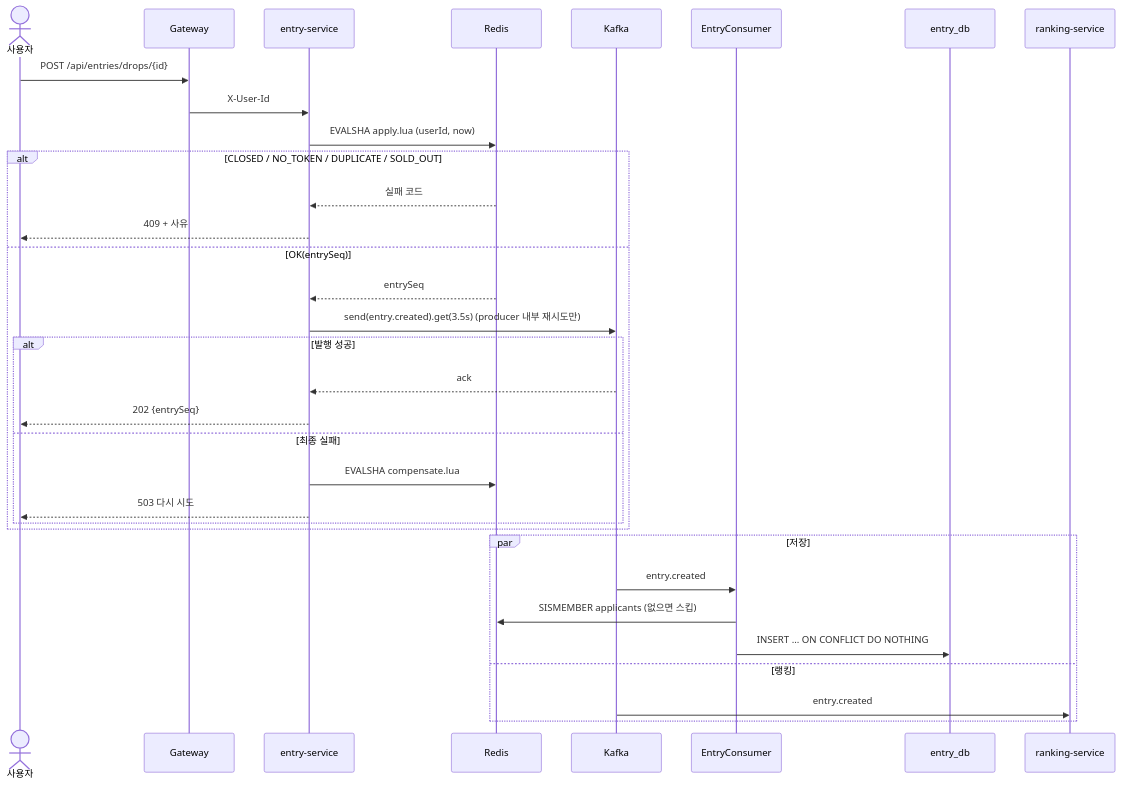
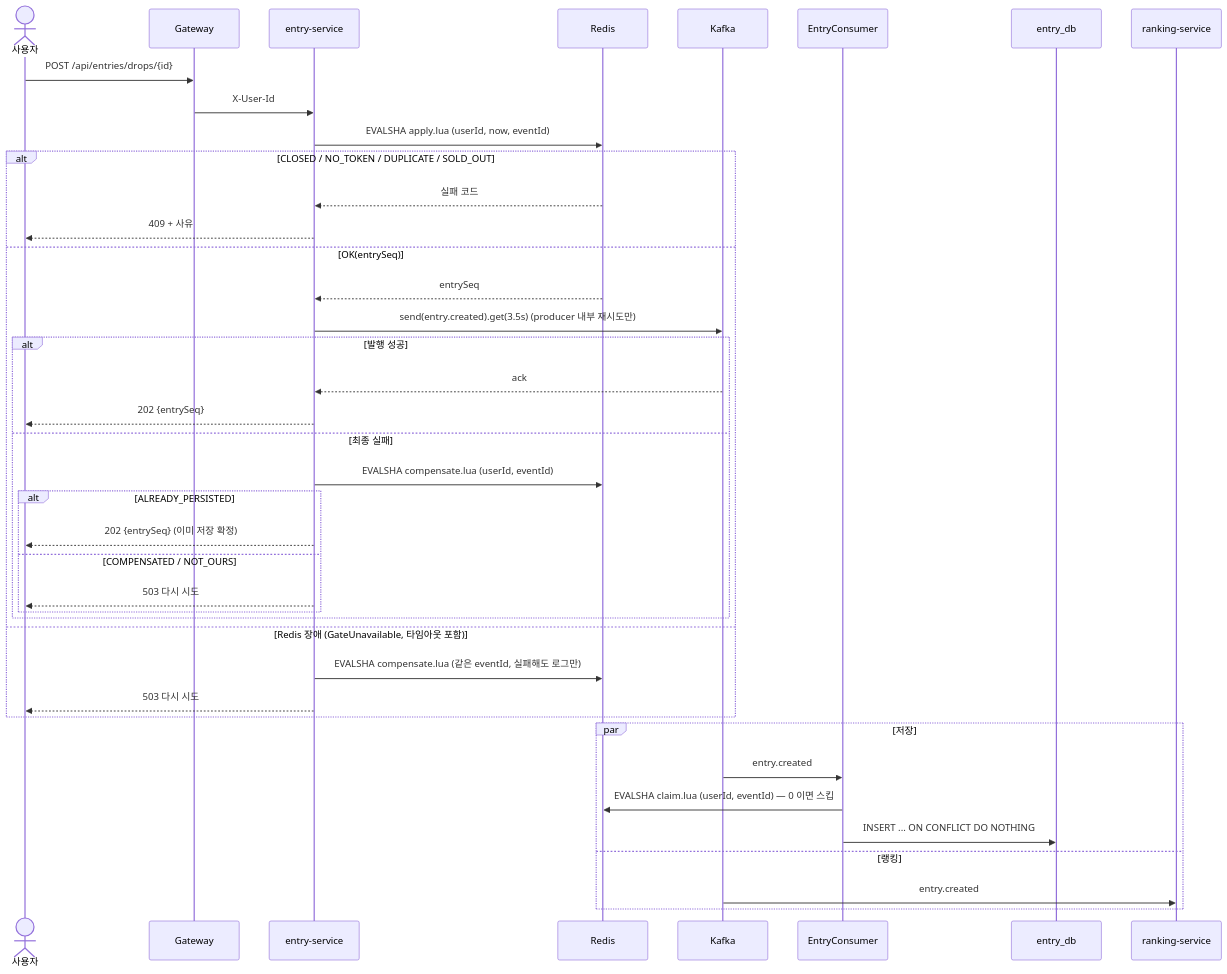
Before and after one commit to dd-jiny/queue-drop: the second of 2 diagrams in docs/design/05-features/entry-apply.md, drawn with Mermaid. The commit also changed other lines of this file and 8 other files, not shown here.

First line of the commit message:
docs: 유령 이벤트 선소비·Redis 타임아웃 정합성 수정 설계 반영 (E-40, E-41)

````diff
--- a/docs/design/05-features/entry-apply.md
+++ b/docs/design/05-features/entry-apply.md
@@ -112,37 +129,44 @@
 ```mermaid
 sequenceDiagram
     actor U as 사용자
     participant GW as Gateway
     participant ES as entry-service
     participant R as Redis
     participant K as Kafka
     participant C as EntryConsumer
     participant DB as entry_db
     participant RS as ranking-service
 
     U->>GW: POST /api/entries/drops/{id}
     GW->>ES: X-User-Id
-    ES->>R: EVALSHA apply.lua (userId, now)
+    ES->>R: EVALSHA apply.lua (userId, now, eventId)
     alt CLOSED / NO_TOKEN / DUPLICATE / SOLD_OUT
         R-->>ES: 실패 코드
         ES-->>U: 409 + 사유
     else OK(entrySeq)
         R-->>ES: entrySeq
         ES->>K: send(entry.created).get(3.5s) (producer 내부 재시도만)
         alt 발행 성공
             K-->>ES: ack
             ES-->>U: 202 {entrySeq}
         else 최종 실패
-            ES->>R: EVALSHA compensate.lua
-            ES-->>U: 503 다시 시도
+            ES->>R: EVALSHA compensate.lua (userId, eventId)
+            alt ALREADY_PERSISTED
+                ES-->>U: 202 {entrySeq} (이미 저장 확정)
+            else COMPENSATED / NOT_OURS
+                ES-->>U: 503 다시 시도
+            end
         end
+    else Redis 장애 (GateUnavailable, 타임아웃 포함)
+        ES->>R: EVALSHA compensate.lua (같은 eventId, 실패해도 로그만)
+        ES-->>U: 503 다시 시도
     end
 
     par 저장
         K->>C: entry.created
-        C->>R: SISMEMBER applicants (없으면 스킵)
+        C->>R: EVALSHA claim.lua (userId, eventId) — 0 이면 스킵
         C->>DB: INSERT ... ON CONFLICT DO NOTHING
     and 랭킹
         K->>RS: entry.created
     end
 ```
````
